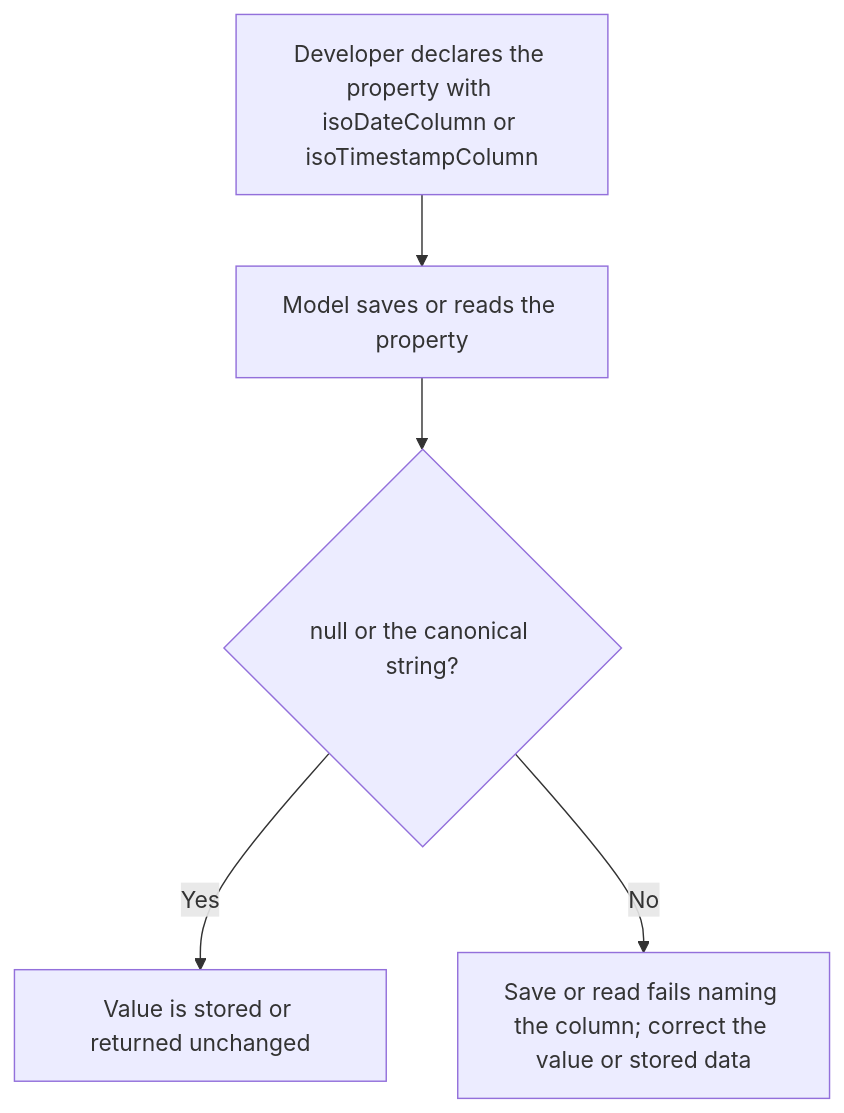
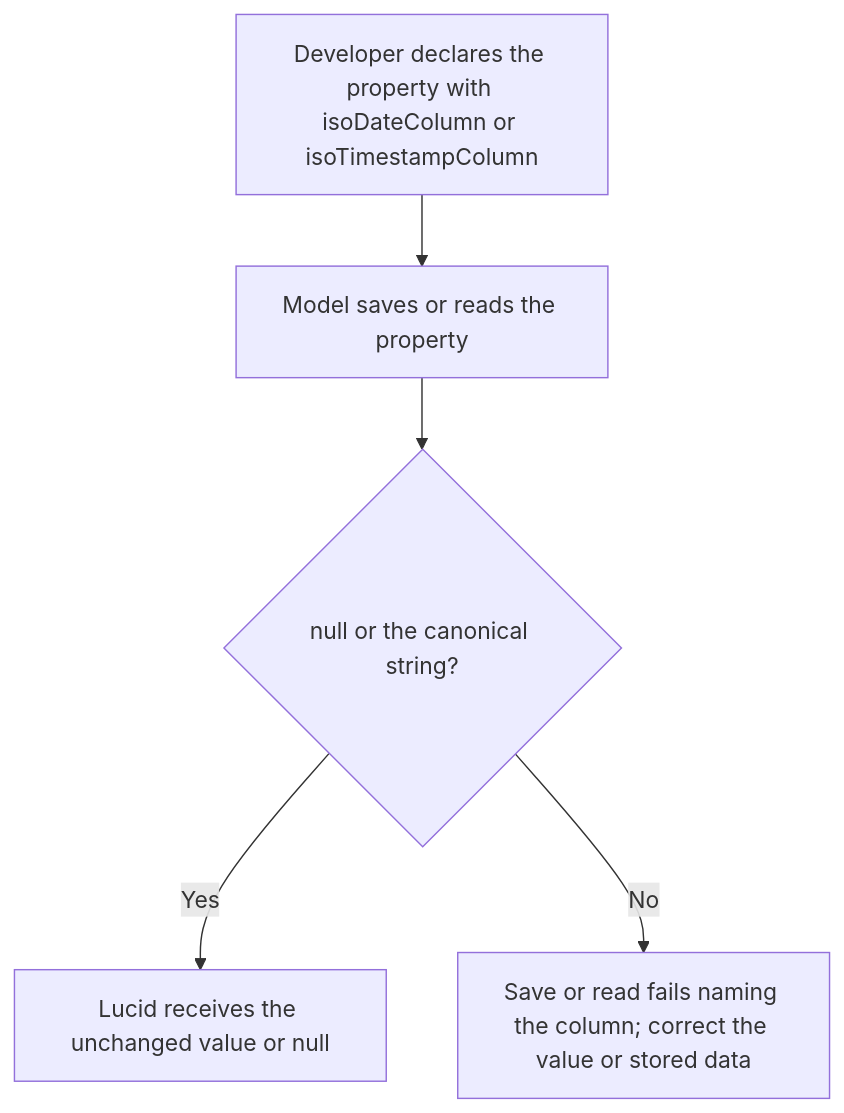
Before and after one commit to Kevinjohn/oss-adonisjs-lucid-checked-columns: the first of 2 diagrams in user-stories/US-COLUMN-02-store-iso-date-or-timestamp.md, drawn with Mermaid. The commit also changed other lines of this file and 9 other files, not shown here.

````diff
--- a/user-stories/US-COLUMN-02-store-iso-date-or-timestamp.md
+++ b/user-stories/US-COLUMN-02-store-iso-date-or-timestamp.md
@@ -29,7 +30,7 @@
 ```mermaid
 flowchart TD
     A["Developer declares the property with isoDateColumn or isoTimestampColumn"] --> B["Model saves or reads the property"]
     B --> C{"null or the canonical string?"}
-    C -->|Yes| D["Value is stored or returned unchanged"]
+    C -->|Yes| D["Lucid receives the unchanged value or null"]
     C -->|No| E["Save or read fails naming the column; correct the value or stored data"]
 ```
````
